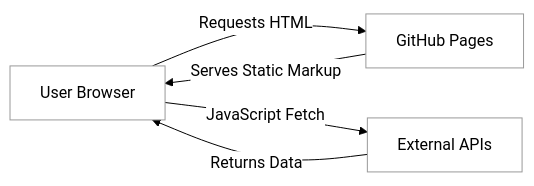
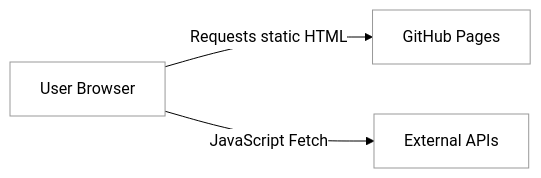
Before and after one commit to webprogramming260/webprogramming: the first of 3 diagrams in instruction/github-pages/github-pages.md, drawn with Mermaid.

Commit message:
Lee Jensen - update(GitHub Pages)

````diff
--- a/instruction/github-pages/github-pages.md
+++ b/instruction/github-pages/github-pages.md
@@ -22,8 +22,6 @@
 ```mermaid
 %%{init: { 'theme': 'neutral', 'themeVariables': { 'mainBkg': '#ffffff', 'lineColor': '#000000', 'primaryTextColor': '#000000', 'actorBorder': '#000000', 'participantBorder': '#000000', 'noteBorderColor': '#000000' } }}%%
 graph LR
-    A[User Browser] -->|Requests HTML| B[GitHub Pages]
-    B -->|Serves Static Markup| A
+    A[User Browser] -->|Requests static HTML| B[GitHub Pages]
     A -->|JavaScript Fetch| C[External APIs]
-    C -->|Returns Data| A
 ```
````
